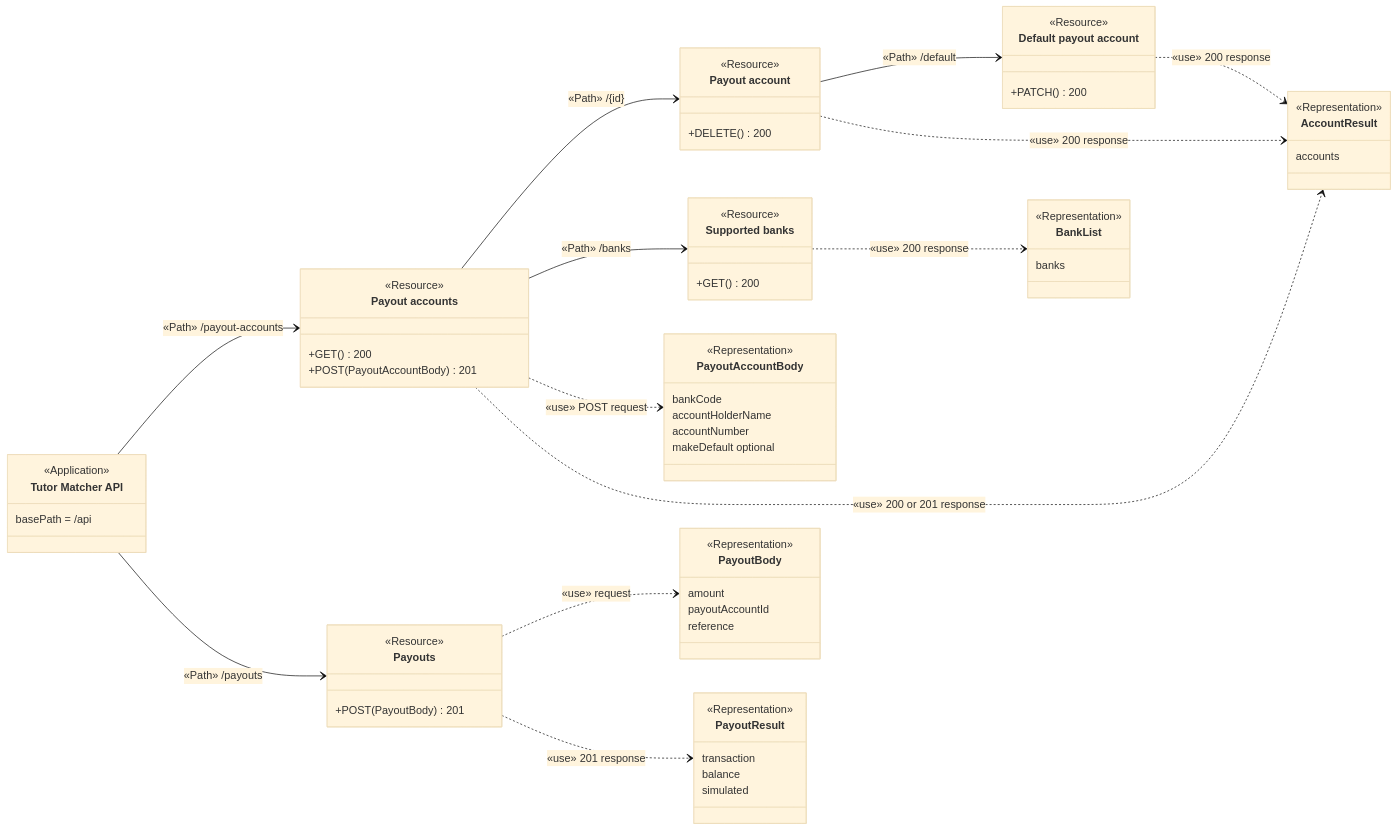
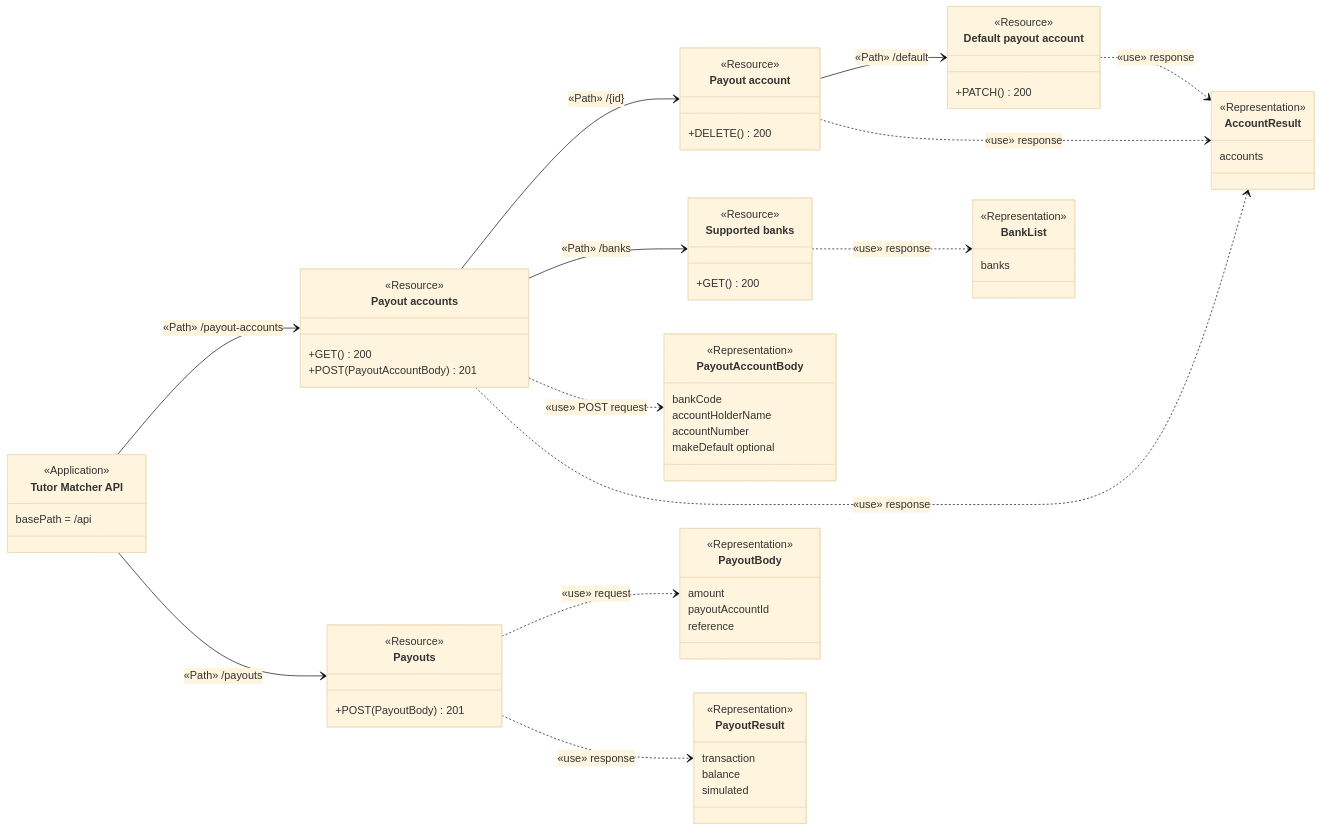
Diagram 11 of 15 in docs/api-diagram.md (Azther0z/tutor-matcher), drawn with Mermaid (base theme) before and after one commit. The commit also changed other lines of this file, not shown here.

````diff
--- a/docs/api-diagram.md
+++ b/docs/api-diagram.md
@@ -864,68 +864,68 @@
 ```mermaid
 classDiagram
   direction LR
   class API["Tutor Matcher API"] {
     <<Application>>
     basePath = /api
   }
   class Accounts["Payout accounts"] {
     <<Resource>>
     +GET() 200
     +POST(PayoutAccountBody) 201
   }
   class Account["Payout account"] {
     <<Resource>>
     +DELETE() 200
   }
   class Default["Default payout account"] {
     <<Resource>>
     +PATCH() 200
   }
   class Banks["Supported banks"] {
     <<Resource>>
     +GET() 200
   }
   class Payouts["Payouts"] {
     <<Resource>>
     +POST(PayoutBody) 201
   }
   class PayoutAccountBody {
     <<Representation>>
     bankCode
     accountHolderName
     accountNumber
     makeDefault optional
   }
   class AccountResult {
     <<Representation>>
     accounts
   }
   class BankList {
     <<Representation>>
     banks
   }
   class PayoutBody {
     <<Representation>>
     amount
     payoutAccountId
     reference
   }
   class PayoutResult {
     <<Representation>>
     transaction
     balance
     simulated
   }
   API --> Accounts : «Path» /payout-accounts
   Accounts --> Account : «Path» /{id}
   Account --> Default : «Path» /default
   Accounts --> Banks : «Path» /banks
   API --> Payouts : «Path» /payouts
   Accounts ..> PayoutAccountBody : «use» POST request
-  Accounts ..> AccountResult : «use» 200 or 201 response
-  Account ..> AccountResult : «use» 200 response
-  Default ..> AccountResult : «use» 200 response
-  Banks ..> BankList : «use» 200 response
+  Accounts ..> AccountResult : «use» response
+  Account ..> AccountResult : «use» response
+  Default ..> AccountResult : «use» response
+  Banks ..> BankList : «use» response
   Payouts ..> PayoutBody : «use» request
-  Payouts ..> PayoutResult : «use» 201 response
+  Payouts ..> PayoutResult : «use» response
 ```
````
